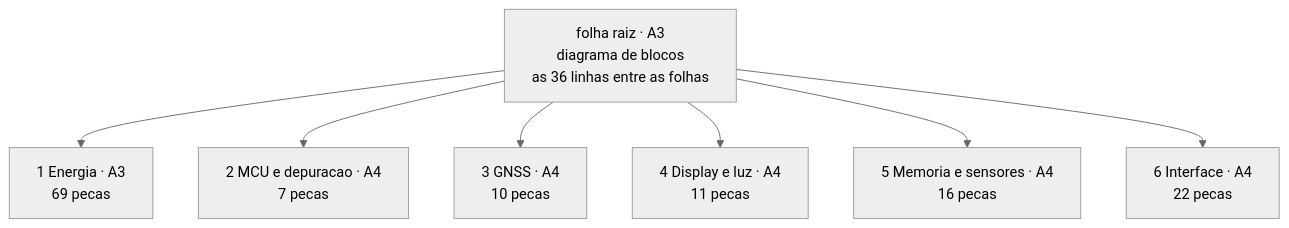
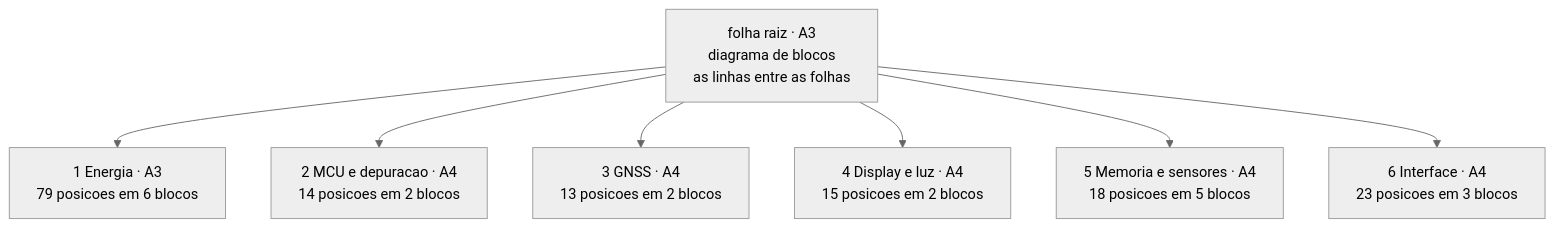
Before and after one commit to Guiimartinho/gnss-bike-computer: the first of 2 diagrams in hardware_gnssbike/cad/README.md, drawn with Mermaid (neutral theme). The commit also changed other lines of this file and 15 other files, not shown here.

````diff
--- a/hardware_gnssbike/cad/README.md
+++ b/hardware_gnssbike/cad/README.md
@@ -32,10 +32,10 @@
 ```mermaid
 flowchart TB
-    RAIZ["folha raiz · A3<br/>diagrama de blocos<br/>as 36 linhas entre as folhas"]
-    RAIZ --> F1["1 Energia · A3<br/>69 pecas"]
-    RAIZ --> F2["2 MCU e depuracao · A4<br/>7 pecas"]
-    RAIZ --> F3["3 GNSS · A4<br/>10 pecas"]
-    RAIZ --> F4["4 Display e luz · A4<br/>11 pecas"]
-    RAIZ --> F5["5 Memoria e sensores · A4<br/>16 pecas"]
-    RAIZ --> F6["6 Interface · A4<br/>22 pecas"]
+    RAIZ["folha raiz · A3<br/>diagrama de blocos<br/>as linhas entre as folhas"]
+    RAIZ --> F1["1 Energia · A3<br/>79 posicoes em 6 blocos"]
+    RAIZ --> F2["2 MCU e depuracao · A4<br/>14 posicoes em 2 blocos"]
+    RAIZ --> F3["3 GNSS · A4<br/>13 posicoes em 2 blocos"]
+    RAIZ --> F4["4 Display e luz · A4<br/>15 posicoes em 2 blocos"]
+    RAIZ --> F5["5 Memoria e sensores · A4<br/>18 posicoes em 5 blocos"]
+    RAIZ --> F6["6 Interface · A4<br/>23 posicoes em 3 blocos"]
 ```
````
